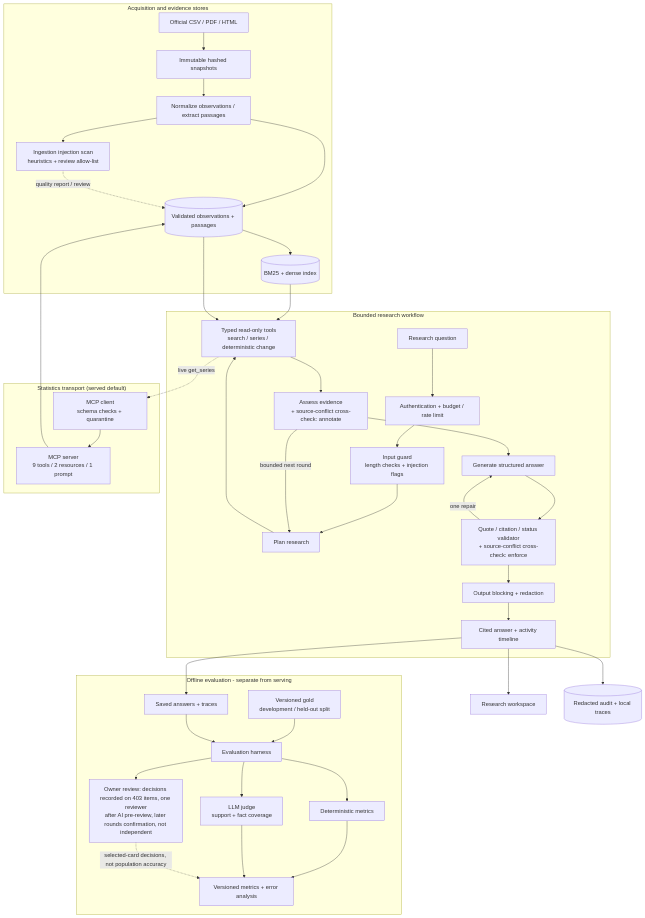
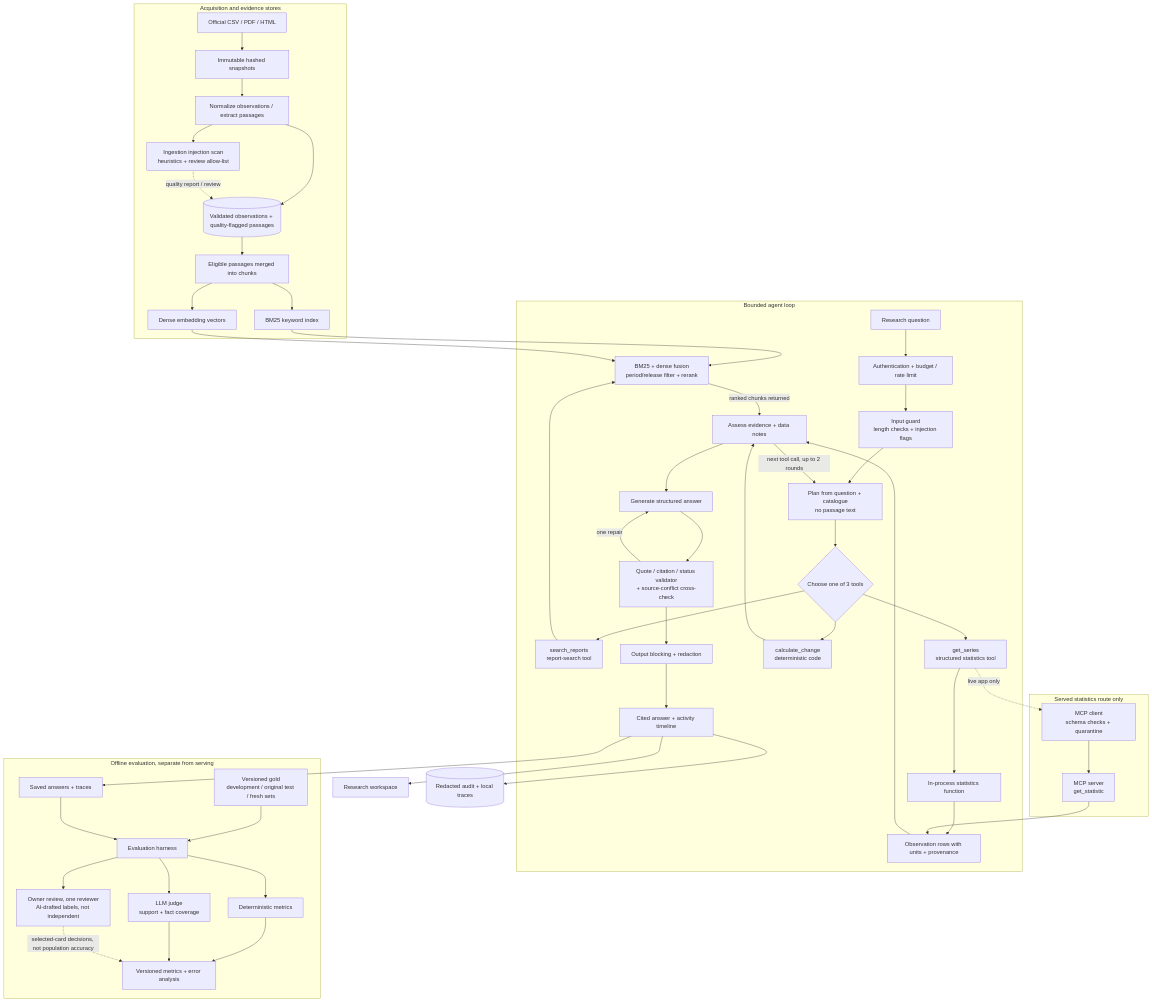
The diagram in docs/architecture.md (mihirkhandekar/labourlens), drawn with Mermaid before and after one commit. The commit also changed other lines of this file and 21 other files, not shown here.

Commit message:
Deck and report: flow reorder, tool-flow graphics, same-set retrieval comparison, titles without leading articles; docs synced (D-063)

````diff
--- a/docs/architecture.md
+++ b/docs/architecture.md
@@ -34,46 +34,56 @@
 ```mermaid
 flowchart TB
   subgraph Data["Acquisition and evidence stores"]
     SOURCE[Official CSV / PDF / HTML] --> SNAP[Immutable hashed snapshots]
     SNAP --> PARSE[Normalize observations / extract passages]
     PARSE --> SCAN[Ingestion injection scan<br/>heuristics + review allow-list]
-    PARSE --> STORE[(Validated observations + passages)]
-    STORE --> INDEX[(BM25 + dense index)]
+    PARSE --> STORE[(Validated observations + quality-flagged passages)]
+    STORE --> CHUNK[Eligible passages merged into chunks]
+    CHUNK --> BM25[BM25 keyword index]
+    CHUNK --> DENSE[Dense embedding vectors]
     SCAN -. quality report / review .-> STORE
   end
-  subgraph Runtime["Bounded research workflow"]
+  subgraph Runtime["Bounded agent loop"]
     USER[Research question] --> ADMIT[Authentication + budget / rate limit]
     ADMIT --> INPUT[Input guard<br/>length checks + injection flags]
-    INPUT --> PLAN[Plan research]
-    PLAN --> TOOLS[Typed read-only tools<br/>search / series / deterministic change]
-    TOOLS --> ASSESS[Assess evidence<br/>+ source-conflict cross-check: annotate]
-    ASSESS -->|bounded next round| PLAN
+    INPUT --> PLAN[Plan from question + catalogue<br/>no passage text]
+    PLAN --> CHOOSE{Choose one of 3 tools}
+    CHOOSE --> SEARCH[search_reports<br/>report-search tool]
+    SEARCH --> FUSE[BM25 + dense fusion<br/>period/release filter + rerank]
+    BM25 --> FUSE
+    DENSE --> FUSE
+    FUSE -->|ranked chunks returned|ASSESS[Assess evidence + data notes]
+    CHOOSE --> SERIES[get_series<br/>structured statistics tool]
+    SERIES --> DIRECT[In-process statistics function]
+    DIRECT --> OBS[Observation rows with units + provenance]
+    OBS --> ASSESS
+    CHOOSE --> CALC[calculate_change<br/>deterministic code]
+    CALC --> ASSESS
+    ASSESS -->|next tool call, up to 2 rounds|PLAN
     ASSESS --> ANSWER[Generate structured answer]
-    ANSWER --> VALID[Quote / citation / status validator<br/>+ source-conflict cross-check: enforce]
-    VALID -->|one repair| ANSWER
+    ANSWER --> VALID[Quote / citation / status validator<br/>+ source-conflict cross-check]
+    VALID -->|one repair|ANSWER
     VALID --> REDACT[Output blocking + redaction]
     REDACT --> OUT[Cited answer + activity timeline]
   end
-  subgraph MCP["Statistics transport (served default)"]
+  subgraph MCP["Served statistics route only"]
     CLIENT[MCP client<br/>schema checks + quarantine]
-    SERVER[MCP server<br/>9 tools / 2 resources / 1 prompt]
+    SERVER[MCP server<br/>get_statistic]
     CLIENT --> SERVER
   end
-  subgraph Evaluation["Offline evaluation - separate from serving"]
-    GOLD[Versioned gold<br/>development / held-out split] --> HARNESS[Evaluation harness]
+  subgraph Evaluation["Offline evaluation, separate from serving"]
+    GOLD[Versioned gold<br/>development / original test / fresh sets] --> HARNESS[Evaluation harness]
     RUNS[Saved answers + traces] --> HARNESS
     HARNESS --> DETER[Deterministic metrics]
     HARNESS --> JUDGE[LLM judge<br/>support + fact coverage]
-    HARNESS --> HUMAN[Owner review: decisions recorded on 403 items, one reviewer<br/>after AI pre-review, later rounds confirmation, not independent]
+    HARNESS --> HUMAN[Owner review, one reviewer<br/>AI-drafted labels, not independent]
     DETER --> REPORT[Versioned metrics + error analysis]
     JUDGE --> REPORT
     HUMAN -. selected-card decisions, not population accuracy .-> REPORT
   end
-  INDEX --> TOOLS
-  STORE --> TOOLS
-  TOOLS -. live get_series .-> CLIENT
-  SERVER --> STORE
+  SERIES -. live app only .-> CLIENT
+  SERVER --> OBS
   OUT --> RUNS
   OUT --> WEB[Research workspace]
   OUT --> AUDIT[(Redacted audit + local traces)]
 ```
````
